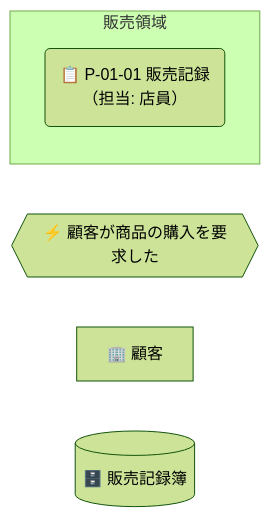
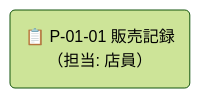
One commit to specdojo/specdojo changed the second of 5 diagrams in docs/ja/specdojo/rulebooks/cdfd-mermaid-rulebook.md. Above: the diagram before and after it, drawn with Mermaid (forest theme). The commit also changed other lines of this file and 8 other files, not shown here.

````diff
--- a/docs/ja/specdojo/rulebooks/cdfd-mermaid-rulebook.md
+++ b/docs/ja/specdojo/rulebooks/cdfd-mermaid-rulebook.md
@@ -125,9 +102,4 @@
 ```mermaid
 flowchart LR
-  subgraph 販売領域["販売領域"]
-    販売記録("📋 P-01-01 販売記録<br>（担当: 店員）")
-  end
-  購入要求{{"⚡ 顧客が商品の購入を要求した"}}
-  顧客["🏢 顧客"]
-  販売記録簿[("🗄️ 販売記録簿")]
+  販売記録("📋 P-01-01 販売記録<br>（担当: 店員）")
 ```
````
